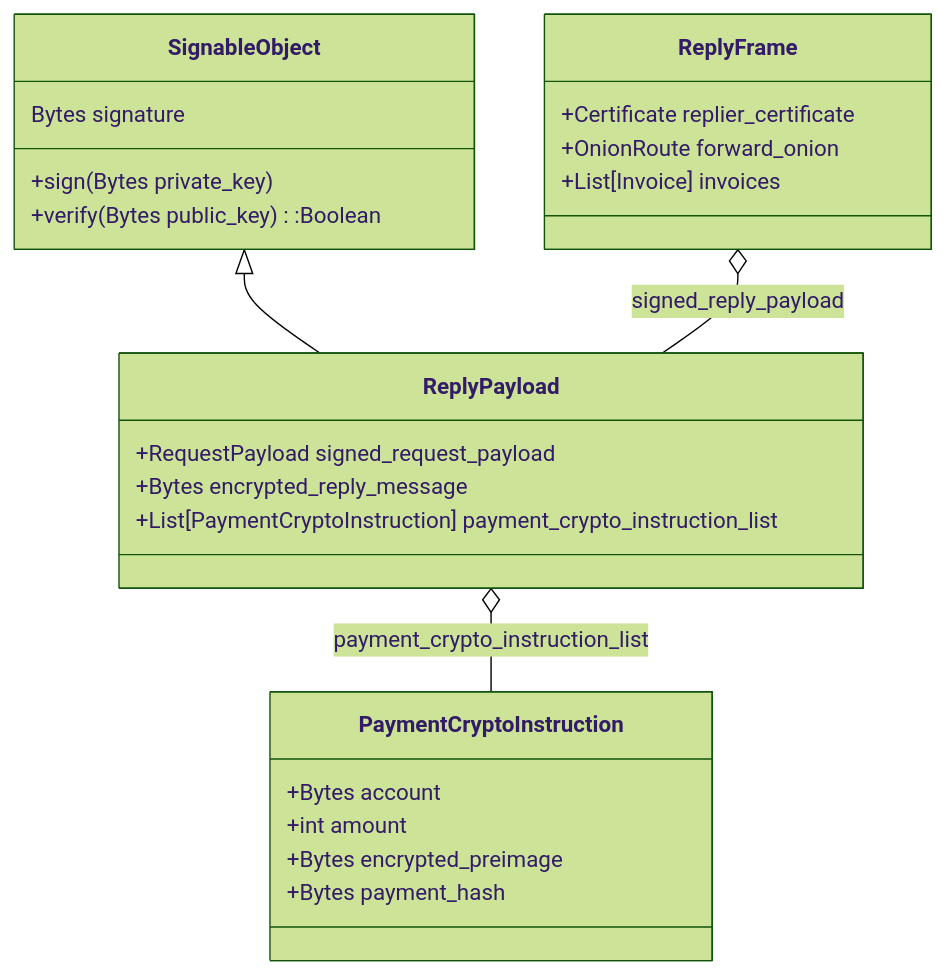
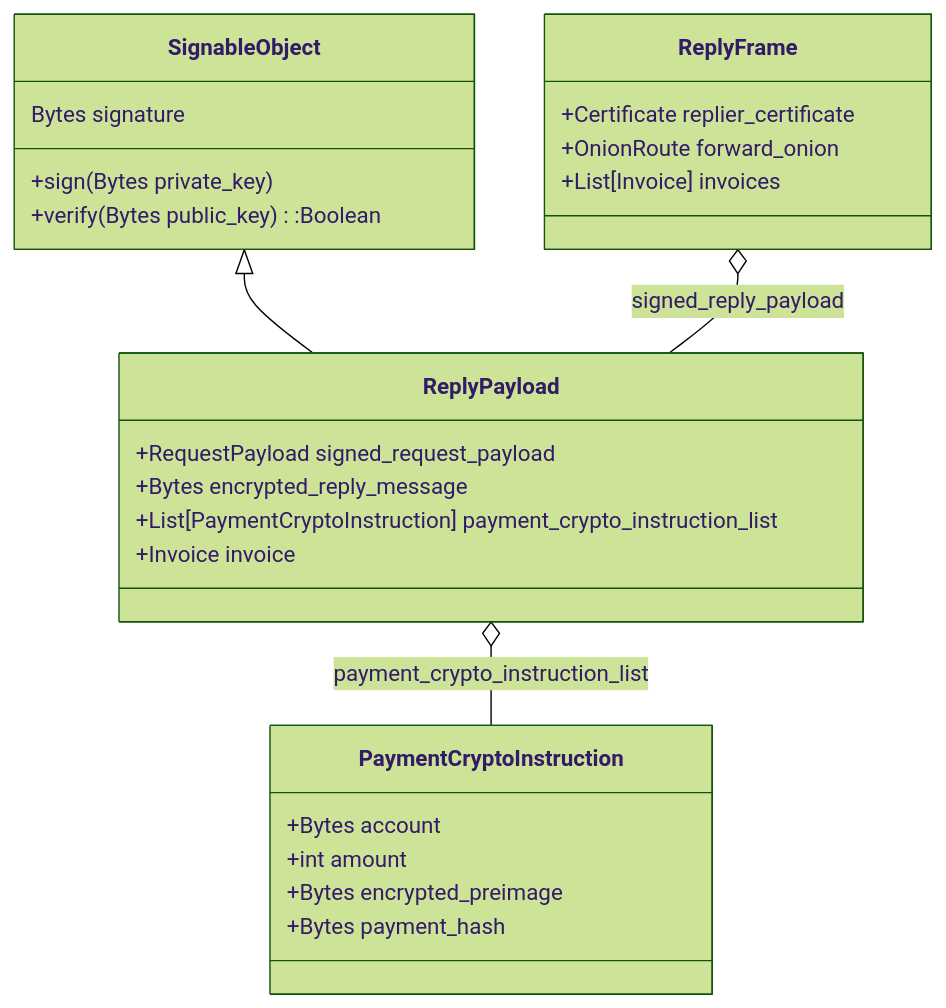
Before and after one commit to DontTrustVerifyOrg/gig-gossip: the ninth of 9 diagrams in whitepaper/protocol.md, drawn with Mermaid (forest theme). The commit also changed other lines of this file and 42 other files, not shown here.

````diff
--- a/whitepaper/protocol.md
+++ b/whitepaper/protocol.md
@@ -274,27 +275,28 @@
 ```mermaid
 classDiagram
     class PaymentCryptoInstruction{
         +Bytes account 
         +int amount 
         +Bytes encrypted_preimage
         +Bytes payment_hash 
     }
     class SignableObject{
         Bytes signature
         +sign(Bytes private_key)
         +verify(Bytes public_key):Boolean
     }
     class ReplyPayload{
         +RequestPayload signed_request_payload
         +Bytes encrypted_reply_message
         +List[PaymentCryptoInstruction] payment_crypto_instruction_list
+        +Invoice invoice
     }
     class ReplyFrame{
         +Certificate replier_certificate
         +OnionRoute forward_onion
         +List[Invoice] invoices
     }
     SignableObject <|-- ReplyPayload
     ReplyFrame  o--  ReplyPayload : signed_reply_payload
     ReplyPayload  o--  PaymentCryptoInstruction : payment_crypto_instruction_list
 ```
````
